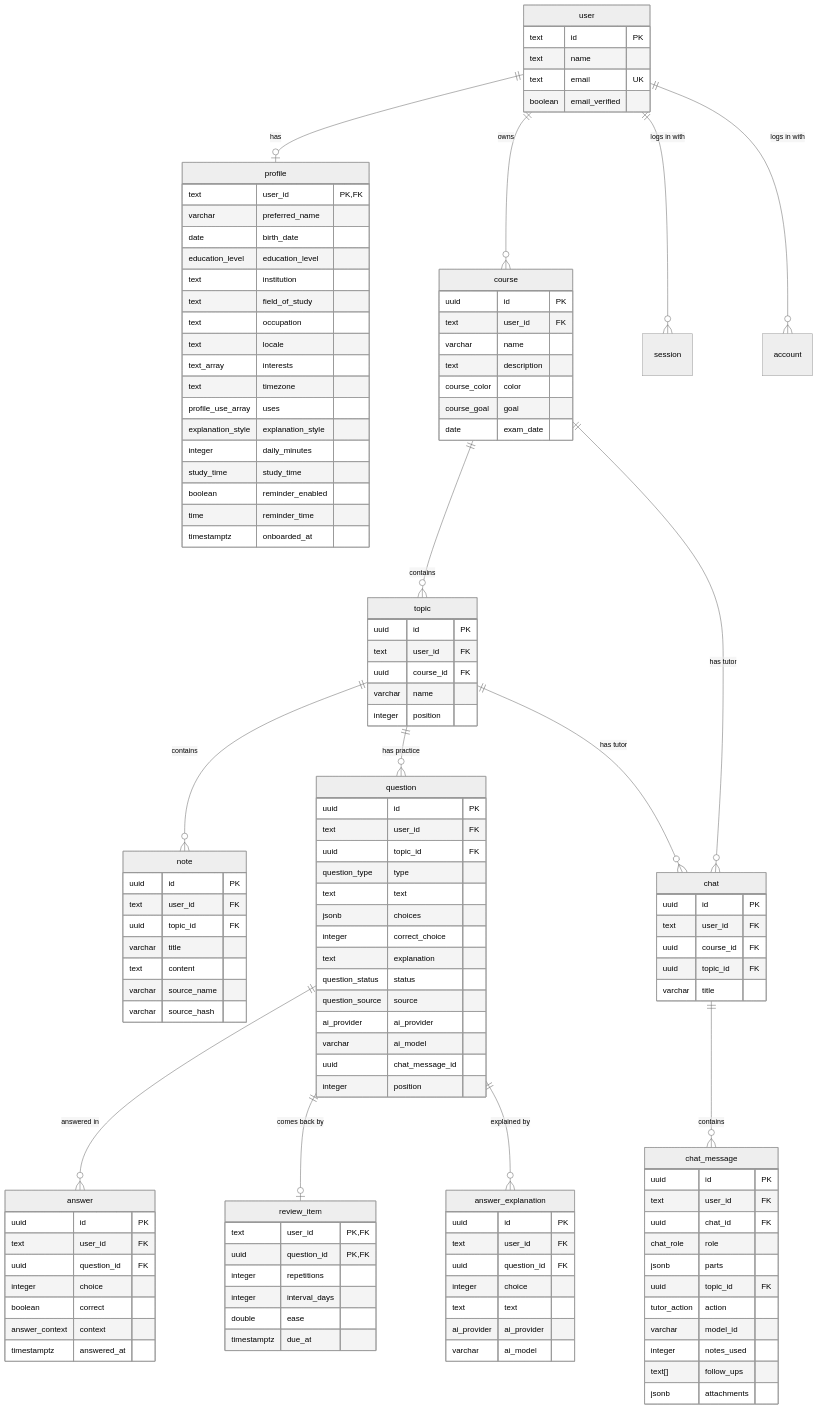
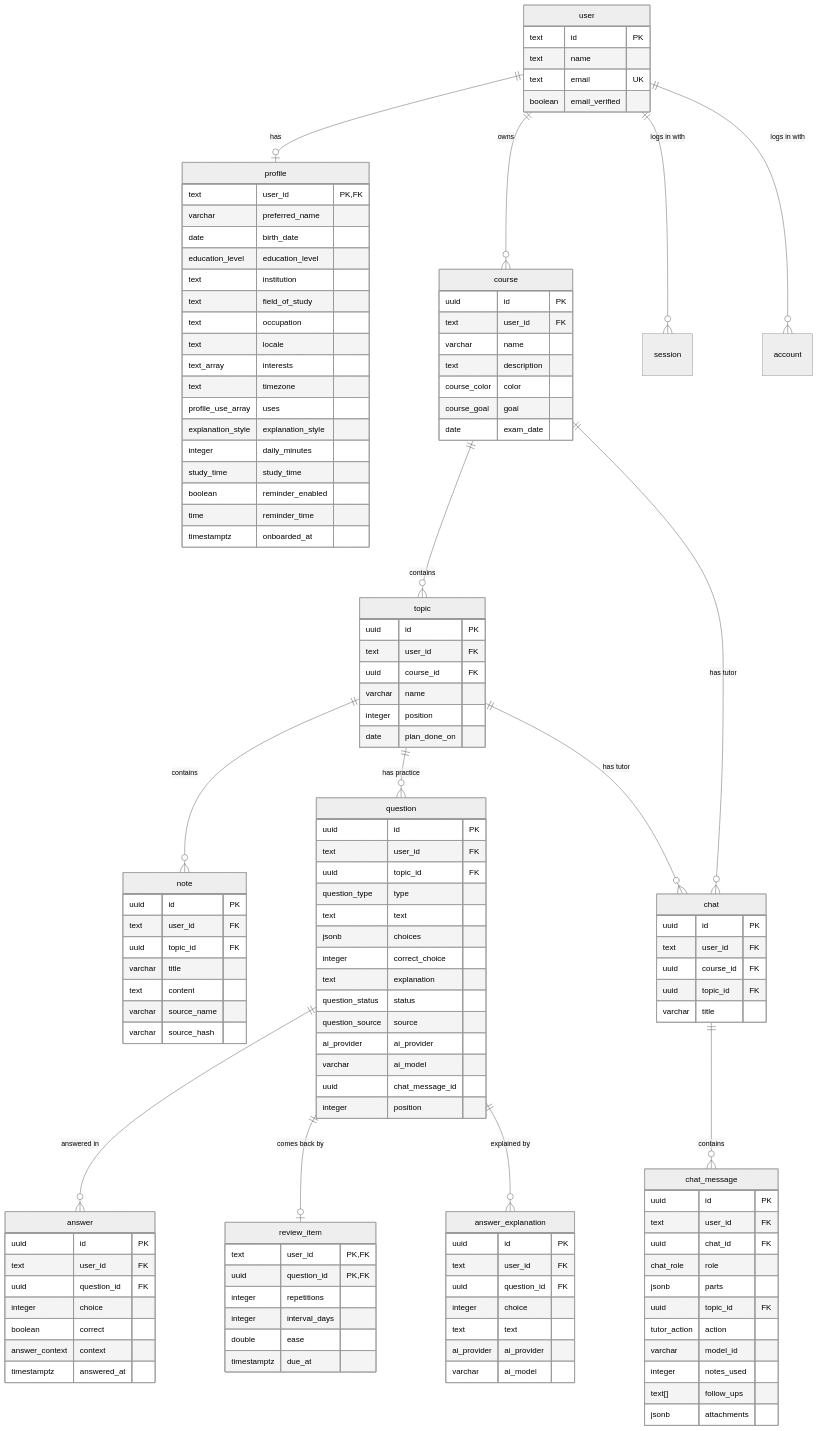
The diagram in docs/database.md (fyernald/orbi), drawn with Mermaid (neutral theme) before and after one commit. The commit also changed other lines of this file and 23 other files, not shown here.

```diff
--- a/docs/database.md
+++ b/docs/database.md
@@ -60,6 +60,7 @@
         uuid course_id FK
         varchar name
         integer position
+        date plan_done_on
     }
     note {
         uuid id PK
```
